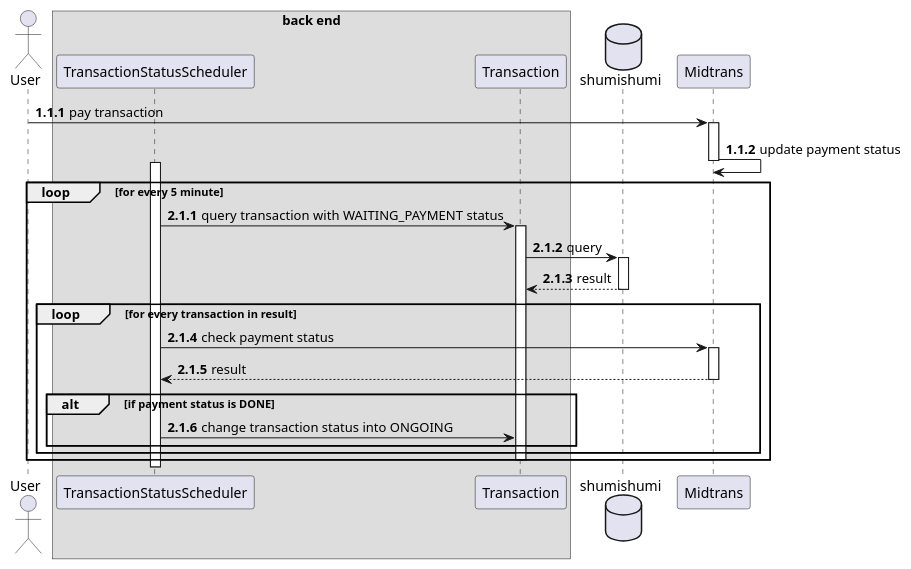
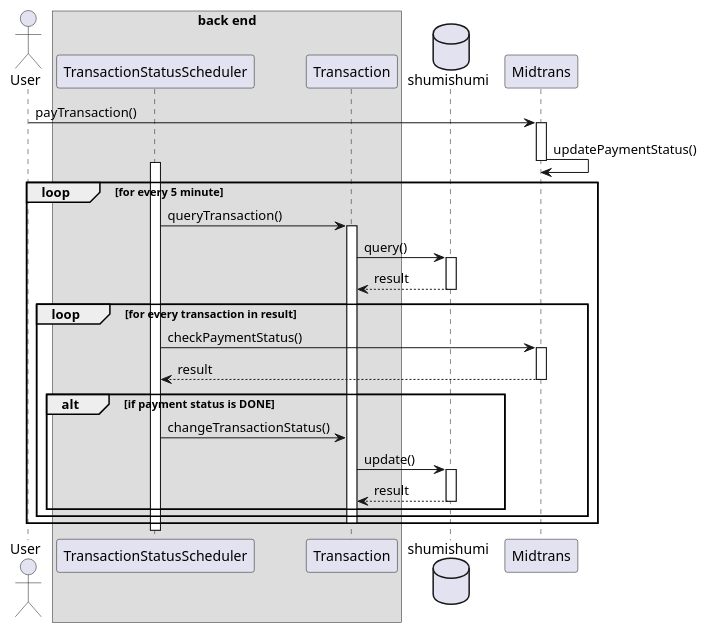
The diagram in uml diagram/sequence diagram/transaction/pay transaction.pu (aldihsuhandi/skripsi-2023), drawn with PlantUML before and after one commit. The commit also changed 68 other files, not shown here.

Commit message:
fix sequence diagram

```diff
--- a/uml diagram/sequence diagram/transaction/pay transaction.pu
+++ b/uml diagram/sequence diagram/transaction/pay transaction.pu
@@ -1,38 +1,40 @@
 @startuml template
-autonumber 1.1.1
+'autonumber 1.1.1
 
 actor User as u
 
 box "back end"
 participant "TransactionStatusScheduler" as scheduler
 participant Transaction as trx
 end box
 
 database shumishumi as db
 
 participant Midtrans as mt
 
-u -> mt++ : pay transaction
-mt -> mt : update payment status
+u -> mt++ : payTransaction()
+mt -> mt : updatePaymentStatus()
 deactivate mt
 
-autonumber inc a
+'autonumber inc a
 loop for every 5 minute
     activate scheduler
-    scheduler -> trx++ : query transaction with WAITING_PAYMENT status
-    trx -> db++ : query
+    scheduler -> trx++ : queryTransaction()
+    trx -> db++ : query()
     return result
     loop for every transaction in result
-        scheduler -> mt++ : check payment status
+        scheduler -> mt++ : checkPaymentStatus()
         return result
         alt if payment status is DONE
-            scheduler -> trx : change transaction status into ONGOING
+            scheduler -> trx : changeTransactionStatus()
+            trx -> db++ : update()
+            return result
         end
     end
 
     deactivate trx
 end
 
 deactivate scheduler
 
 @enduml
```
